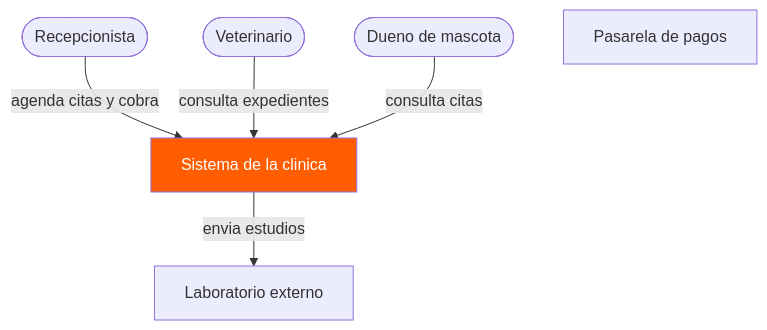
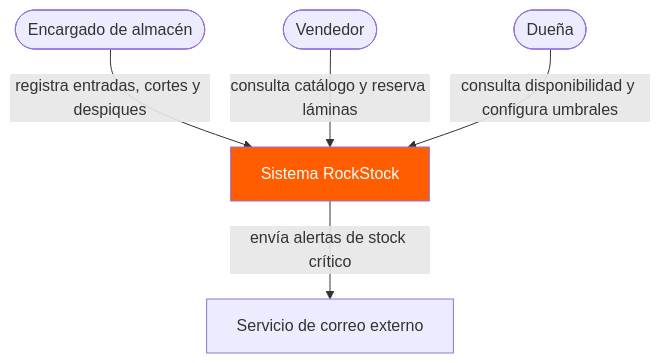
Before and after one commit to Csramy/Inventario-Empresa: the first of 3 diagrams in docs/arch/diagramas.md, drawn with Mermaid. The commit also changed other lines of this file, not shown here.

````diff
--- a/docs/arch/diagramas.md
+++ b/docs/arch/diagramas.md
@@ -124,16 +12,16 @@
 ```mermaid
 flowchart TD
-    rec([Recepcionista])
-    vet([Veterinario])
-    due([Dueno de mascota])
-    sis[Sistema de la clinica]
-    lab[Laboratorio externo]
-    pago[Pasarela de pagos]
+    alm([Encargado de almacén])
+    ven([Vendedor])
+    due([Dueña])
 
-    rec -->|agenda citas y cobra| sis
-    vet -->|consulta expedientes| sis
-    due -->|consulta citas| sis
-    sis -->|envia estudios| lab
+    sis[Sistema RockStock]
+    correo[Servicio de correo externo]
+
+    alm -->|registra entradas, cortes y despiques| sis
+    ven -->|consulta catálogo y reserva láminas| sis
+    due -->|consulta disponibilidad y configura umbrales| sis
+    sis -->|envía alertas de stock crítico| correo
 
     style sis fill:#ff5d00,color:#fff
 ```
````
